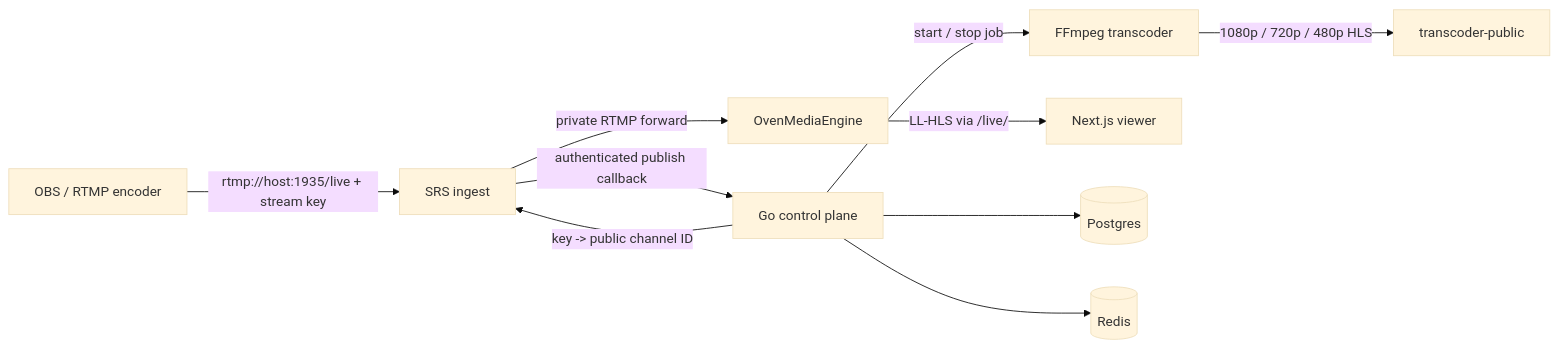
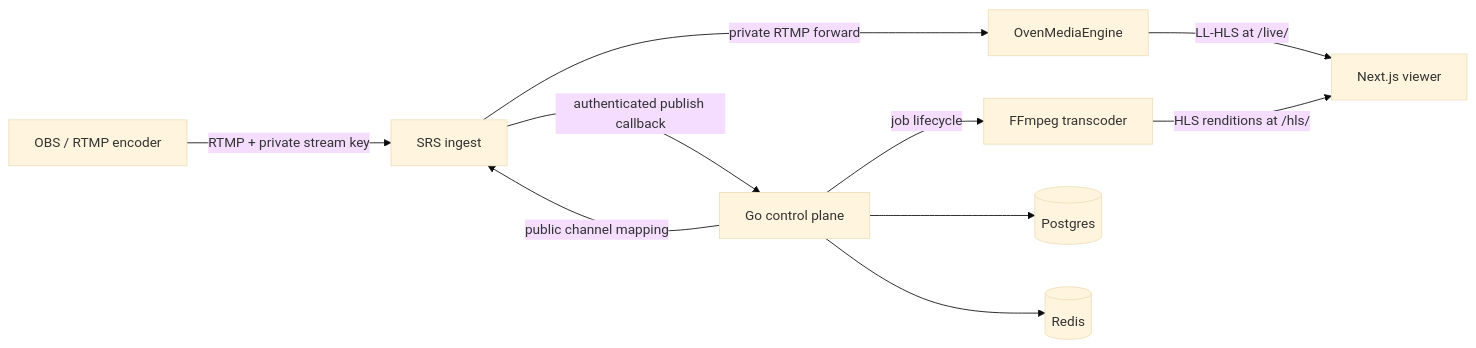
The diagram in README.md (ProhibitedTV/BitRiver-Live), drawn with Mermaid (base theme) before and after one commit. The commit also changed other lines of this file and 29 other files, not shown here.

````diff
--- a/README.md
+++ b/README.md
@@ -38,12 +145,12 @@
 ```mermaid
 flowchart LR
-  OBS["OBS / RTMP encoder"] -->|"rtmp://host:1935/live + stream key"| SRS["SRS ingest"]
+  OBS["OBS / RTMP encoder"] -->|"RTMP + private stream key"| SRS["SRS ingest"]
   SRS -->|"authenticated publish callback"| API["Go control plane"]
-  API -->|"key -> public channel ID"| SRS
+  API -->|"public channel mapping"| SRS
   SRS -->|"private RTMP forward"| OME["OvenMediaEngine"]
-  API -->|"start / stop job"| FFmpeg["FFmpeg transcoder"]
-  OME -->|"LL-HLS via /live/"| Viewer["Next.js viewer"]
-  FFmpeg -->|"1080p / 720p / 480p HLS"| Media["transcoder-public"]
+  API -->|"job lifecycle"| FFmpeg["FFmpeg transcoder"]
+  OME -->|"LL-HLS at /live/"| Viewer["Next.js viewer"]
+  FFmpeg -->|"HLS renditions at /hls/"| Viewer
   API --> Postgres[("Postgres")]
   API --> Redis[("Redis")]
 ```
````
